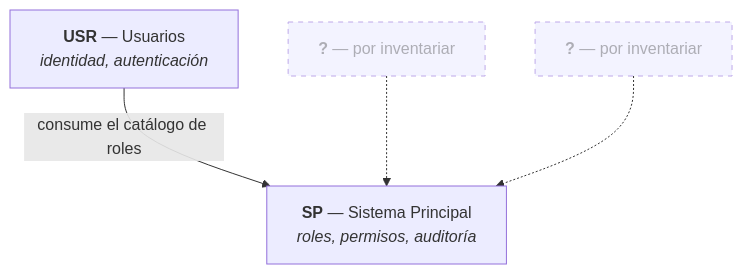
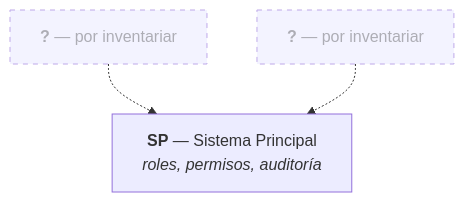
One commit to NexusPro-Dev/backend changed the diagram in docs/modules.md. Above: the diagram before and after it, drawn with Mermaid. The commit also changed other lines of this file and 24 other files, not shown here.

First line of the commit message:
docs(sp): absorber los usuarios en SP y retirar el modulo USR

````diff
--- a/docs/modules.md
+++ b/docs/modules.md
@@ -73,14 +73,11 @@
 ```mermaid
 graph TD
     SP["<b>SP</b> — Sistema Principal<br/><i>roles, permisos, auditoría</i>"]
-    USR["<b>USR</b> — Usuarios<br/><i>identidad, autenticación</i>"]
-
-    USR -->|consume el catálogo de roles| SP
 
     C1["<b>?</b> — por inventariar"]:::pend
     C2["<b>?</b> — por inventariar"]:::pend
     C1 -.-> SP
     C2 -.-> SP
 
     classDef pend stroke-dasharray: 5 5,opacity:0.6
 ```
````
